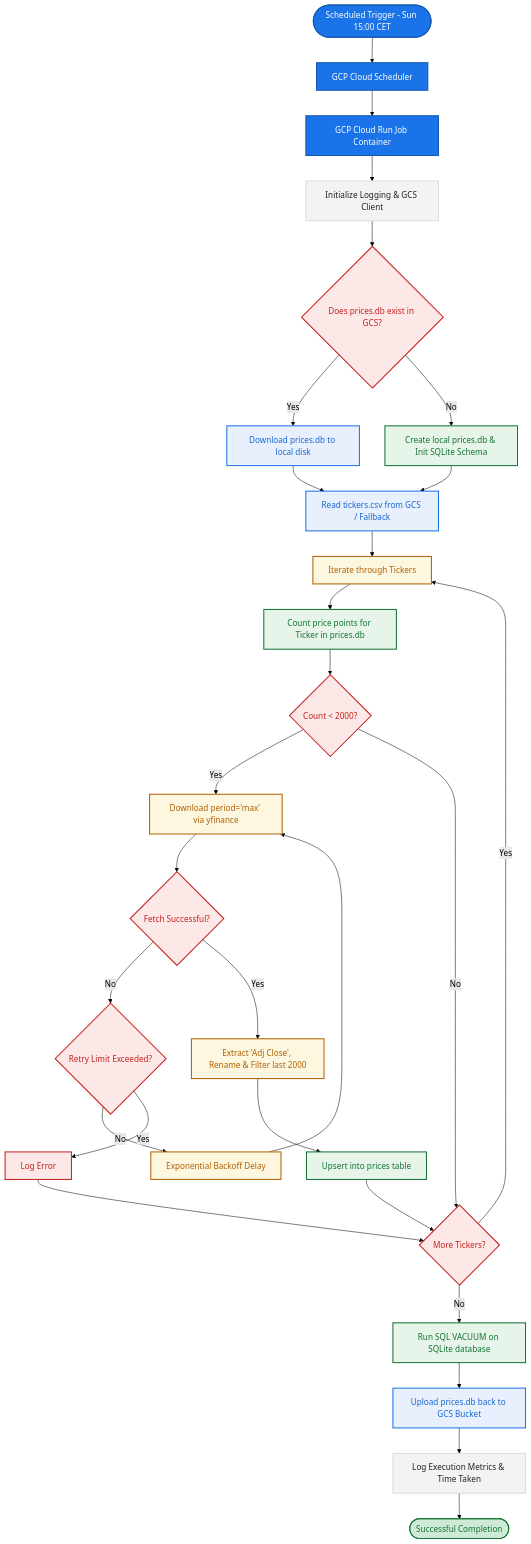
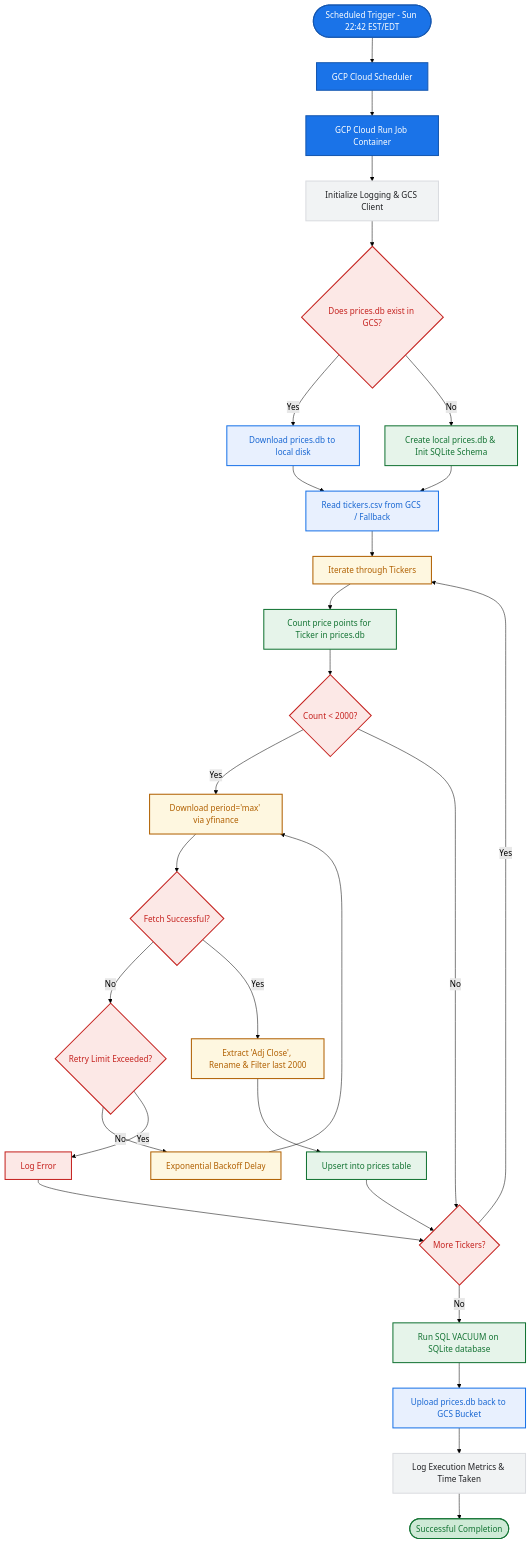
One commit to ulf1/trading-regime changed the diagram in specs/04-initial-download.md. Above: the diagram before and after it, drawn with Mermaid (forest theme). The commit also changed other lines of this file and 5 other files, not shown here.

Commit message:
chore: migrate all Cloud Scheduler job times from CET to EST/EDT time zone

````diff
--- a/specs/04-initial-download.md
+++ b/specs/04-initial-download.md
@@ -31,58 +31,58 @@
 ```mermaid
 graph TD
     classDef trigger fill:#1a73e8,stroke:#1557b0,stroke-width:2px,color:#fff;
     classDef startup fill:#f1f3f4,stroke:#dadce0,stroke-width:2px,color:#202124;
     classDef storage fill:#e8f0fe,stroke:#1a73e8,stroke-width:2px,color:#1967d2;
     classDef database fill:#e6f4ea,stroke:#137333,stroke-width:2px,color:#137333;
     classDef process fill:#fef7e0,stroke:#b06000,stroke-width:2px,color:#b06000;
     classDef decision fill:#fce8e6,stroke:#c5221f,stroke-width:2px,color:#c5221f;
     classDef finish fill:#ceead6,stroke:#137333,stroke-width:2px,color:#137333;
 
-    Start([Scheduled Trigger - Sun 15:00 CET]) --> Scheduler[GCP Cloud Scheduler]
+    Start([Scheduled Trigger - Sun 22:42 EST/EDT]) --> Scheduler[GCP Cloud Scheduler]
     Scheduler --> Job[GCP Cloud Run Job Container]
     
     Job --> InitLog[Initialize Logging & GCS Client]
     InitLog --> CheckDB{Does prices.db exist in GCS?}
     
     CheckDB -- Yes --> DLDB[Download prices.db to local disk]
     CheckDB -- No --> InitLocal[Create local prices.db & Init SQLite Schema]
     
     DLDB --> LoadTickers[Read tickers.csv from GCS / Fallback]
     InitLocal --> LoadTickers
     
     LoadTickers --> TickerLoop[Iterate through Tickers]
     
     TickerLoop --> CountPoints[Count price points for Ticker in prices.db]
     CountPoints --> CheckCount{Count < 2000?}
     
     CheckCount -- Yes --> DownloadData[Download period='max' via yfinance]
     CheckCount -- No --> CheckMore{More Tickers?}
     
     DownloadData --> FetchSuccess{Fetch Successful?}
     
     FetchSuccess -- No --> RetryCheck{Retry Limit Exceeded?}
     RetryCheck -- No --> Backoff[Exponential Backoff Delay]
     Backoff --> DownloadData
     RetryCheck -- Yes --> LogError[Log Error]
     
     FetchSuccess -- Yes --> CleanData[Extract 'Adj Close', Rename & Filter last 2000]
     CleanData --> DB_Upsert[Upsert into prices table]
     
     DB_Upsert --> CheckMore
     LogError --> CheckMore
     
     CheckMore -- Yes --> TickerLoop
     CheckMore -- No --> Vacuum[Run SQL VACUUM on SQLite database]
     
     Vacuum --> UploadDB[Upload prices.db back to GCS Bucket]
     UploadDB --> FinalLog[Log Execution Metrics & Time Taken]
     FinalLog --> End([Successful Completion])
 
     class Start,Scheduler,Job trigger;
     class InitLog,FinalLog startup;
     class DLDB,LoadTickers,UploadDB storage;
     class InitLocal,CountPoints,DB_Upsert,Vacuum database;
     class TickerLoop,DownloadData,Backoff,CleanData process;
     class CheckDB,CheckCount,FetchSuccess,RetryCheck,LogError,CheckMore decision;
     class End finish;
 ```
````
